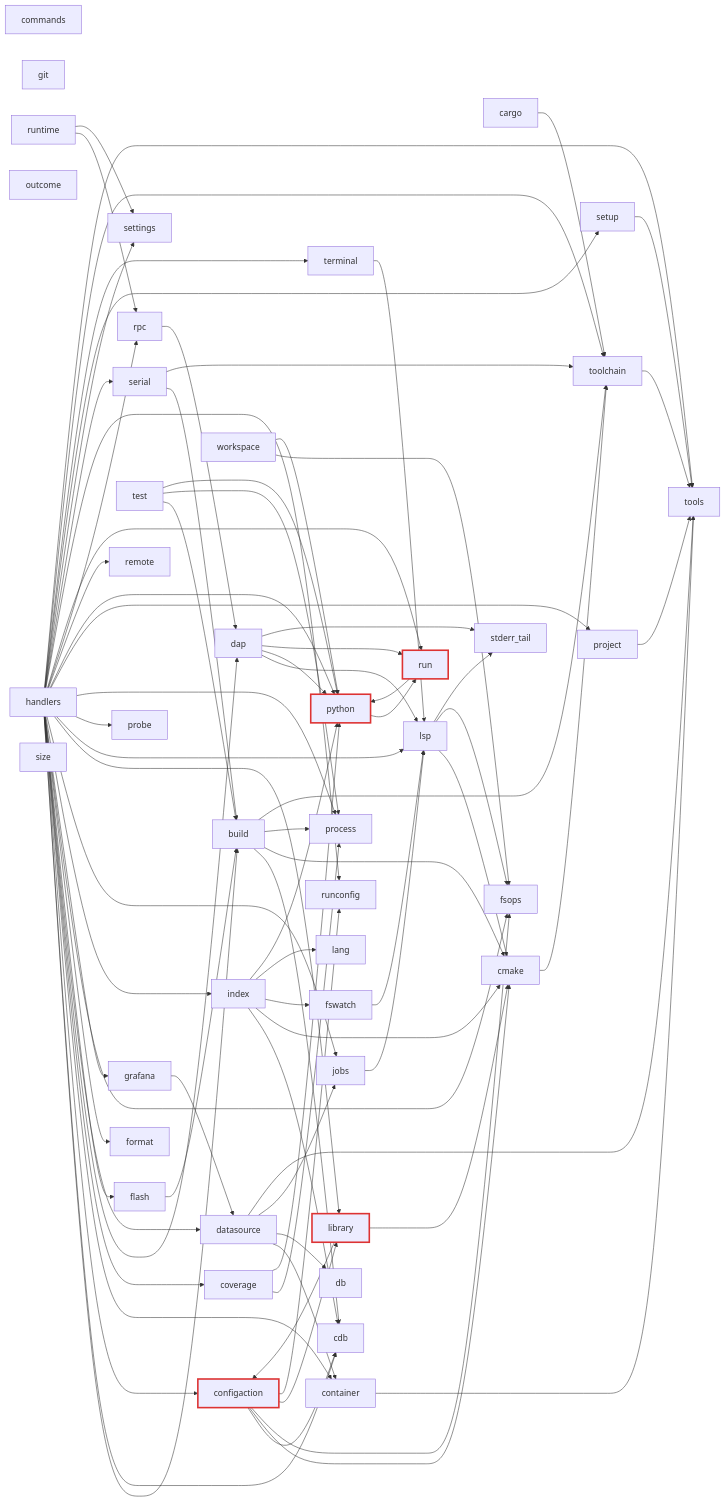
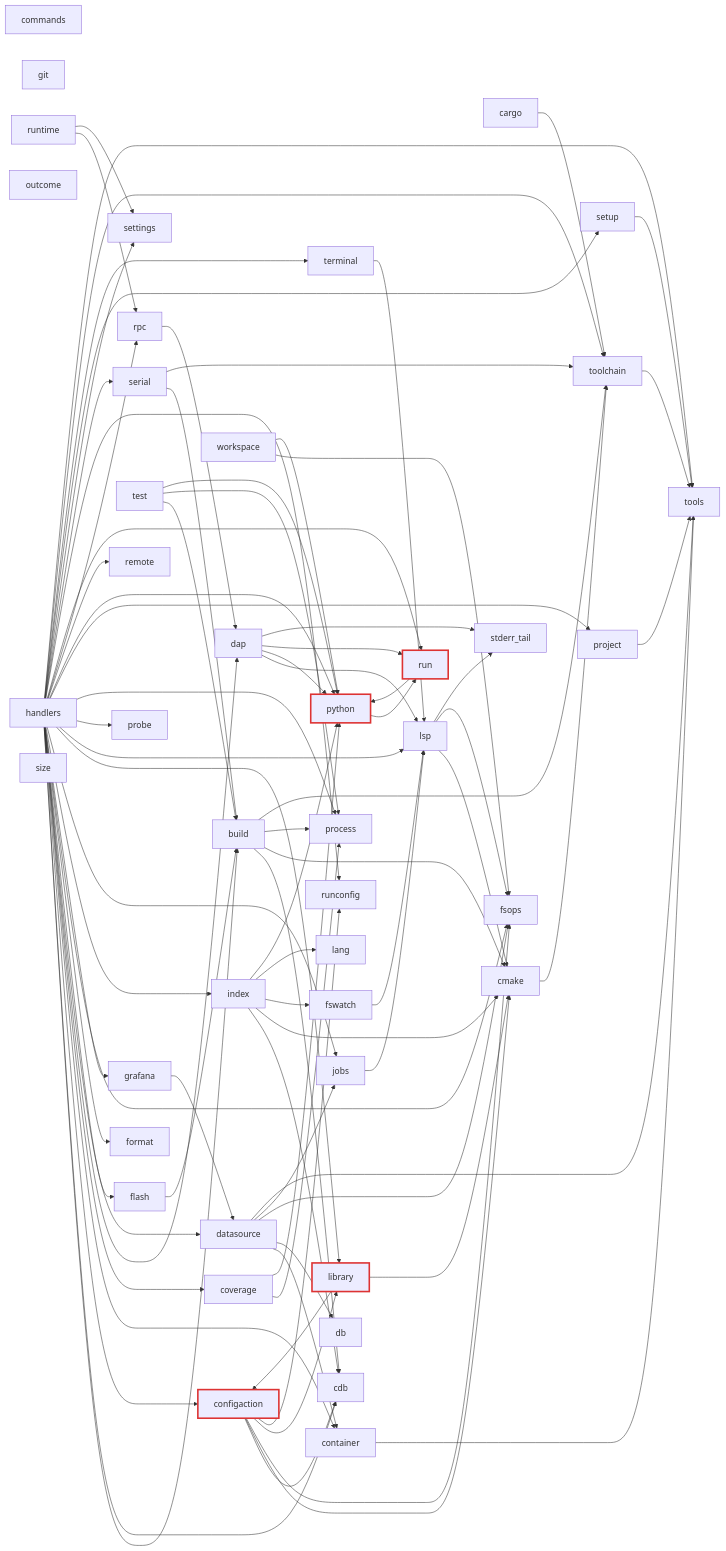
The third of 16 diagrams in DocsPublic/arquitetura/01-mapa-de-modulos.md (ViktorWalde/KineinVectis), drawn with Mermaid before and after one commit. The commit also changed other lines of this file and 19 other files, not shown here.

```diff
--- a/DocsPublic/arquitetura/01-mapa-de-modulos.md
+++ b/DocsPublic/arquitetura/01-mapa-de-modulos.md
@@ -148,6 +148,7 @@
   n_core_dap --> n_core_stderr_tail
   n_core_datasource --> n_core_container
   n_core_datasource --> n_core_db
+  n_core_datasource --> n_core_fsops
   n_core_datasource --> n_core_jobs
   n_core_datasource --> n_core_tools
   n_core_flash --> n_core_build
```
